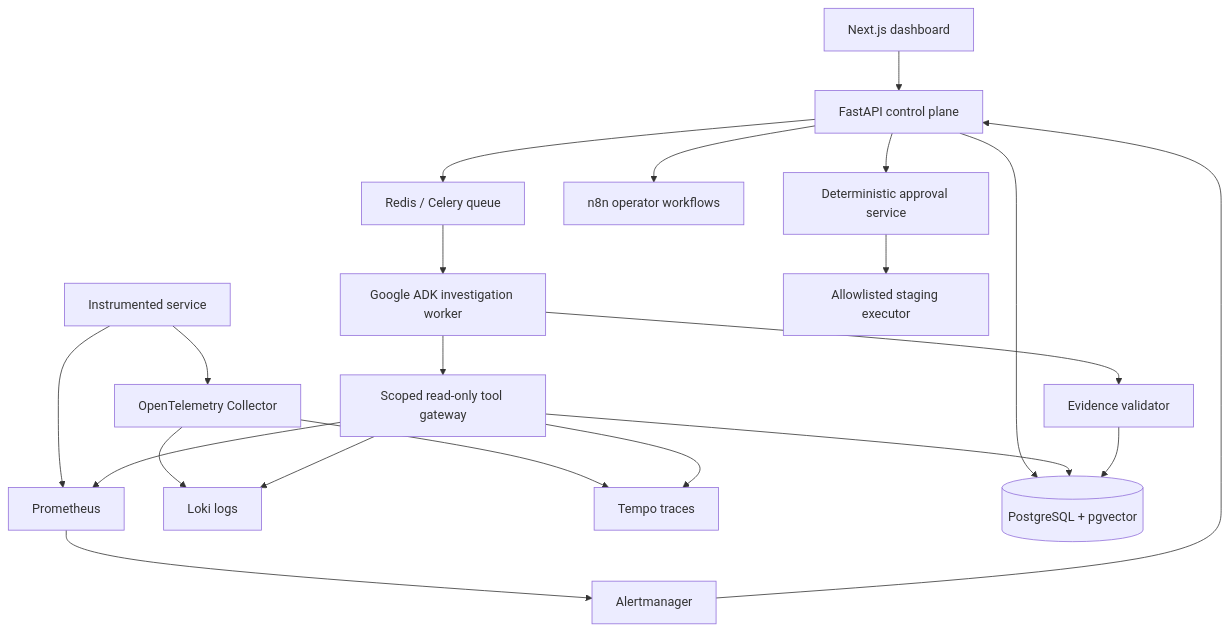
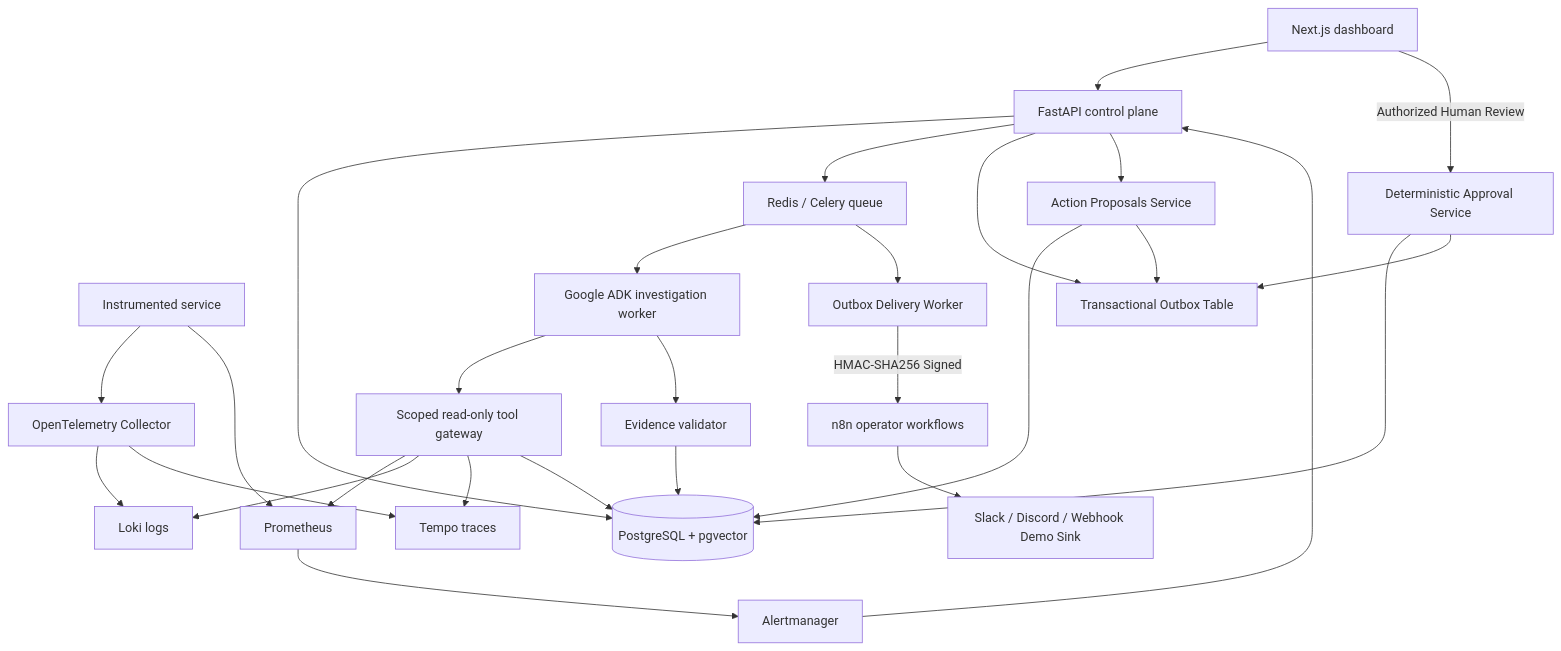
One commit to Tarun-sde/AegisOps changed the diagram in docs/ARCHITECTURE.md. Above: the diagram before and after it, drawn with Mermaid. The commit also changed other lines of this file and 33 other files, not shown here.

Commit message:
feat: implement Phase 6 outbox pattern, action catalog, and n8n webhook remediations

````diff
--- a/docs/ARCHITECTURE.md
+++ b/docs/ARCHITECTURE.md
@@ -7,23 +7,30 @@
 ```mermaid
 flowchart TD
     WEB[Next.js dashboard] --> API[FastAPI control plane]
     APP[Instrumented service] --> OTEL[OpenTelemetry Collector]
     APP --> PROM[Prometheus]
     PROM --> AM[Alertmanager]
     AM --> API
     OTEL --> LOKI[Loki logs]
     OTEL --> TEMPO[Tempo traces]
     API --> DB[(PostgreSQL + pgvector)]
     API --> CELERY[Redis / Celery queue]
     CELERY --> ADK[Google ADK investigation worker]
     ADK --> TG[Scoped read-only tool gateway]
     TG --> PROM
     TG --> LOKI
     TG --> TEMPO
     TG --> DB
     ADK --> VALID[Evidence validator]
     VALID --> DB
-    API --> N8N[n8n operator workflows]
-    API --> APPROVAL[Deterministic approval service]
-    APPROVAL --> STAGE[Allowlisted staging executor]
+    API --> OUTBOX[Transactional Outbox Table]
+    CELERY --> DISPATCH[Outbox Delivery Worker]
+    DISPATCH -->|HMAC-SHA256 Signed| N8N[n8n operator workflows]
+    N8N --> SINK[Slack / Discord / Webhook Demo Sink]
+    API --> PROPOSALS[Action Proposals Service]
+    PROPOSALS --> DB
+    PROPOSALS --> OUTBOX
+    WEB -->|Authorized Human Review| APPROVAL[Deterministic Approval Service]
+    APPROVAL --> DB
+    APPROVAL --> OUTBOX
 ```
````
